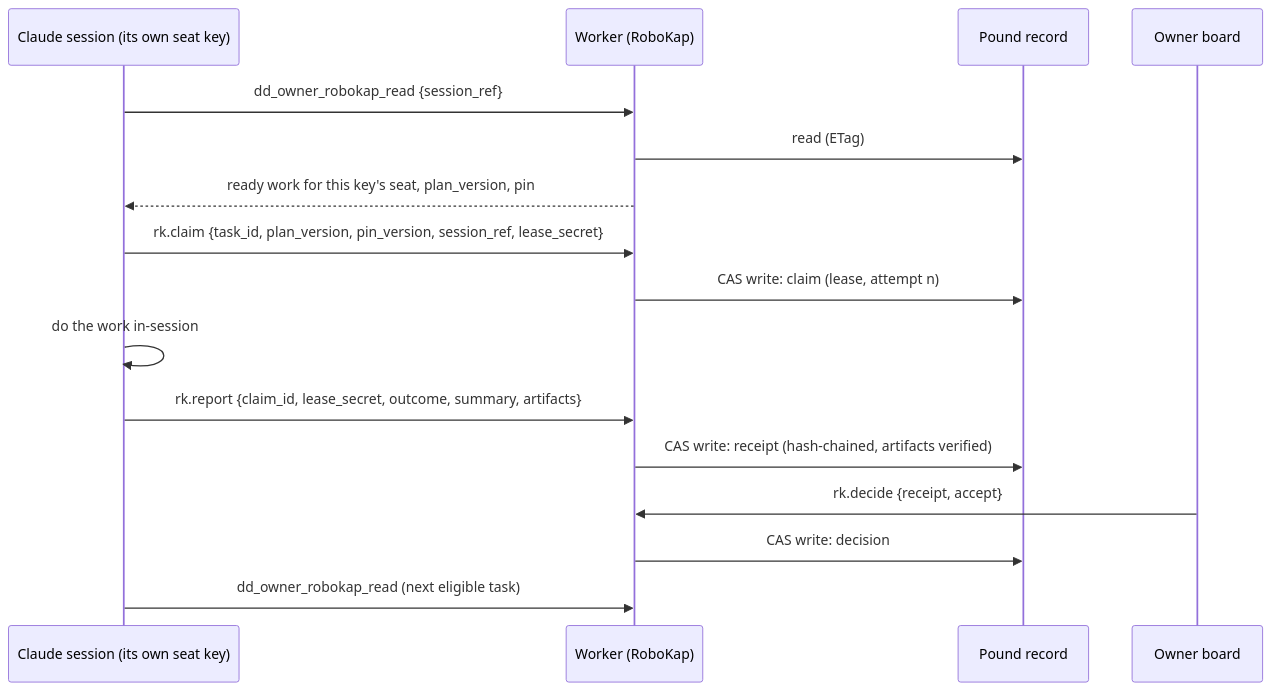
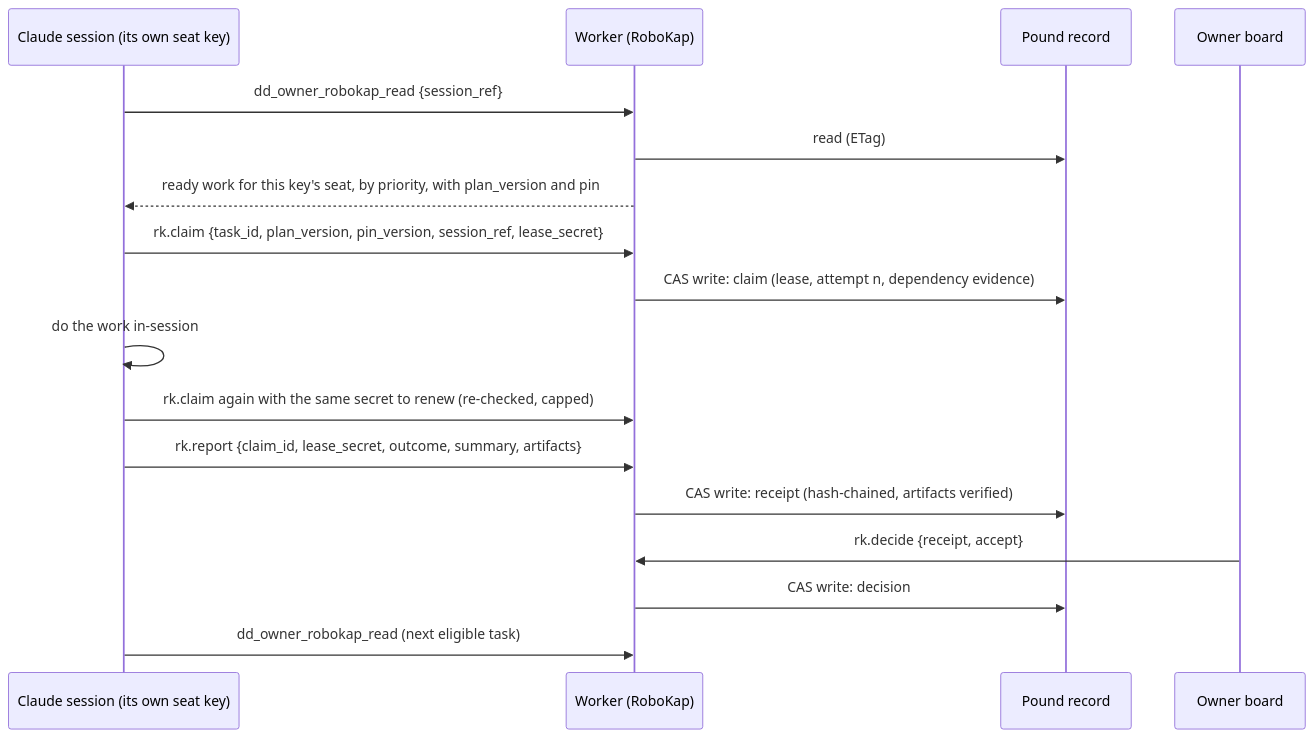
One commit to JKapcar/data-dawgs changed the second of 4 diagrams in docs/robokap-coordination.md. Above: the diagram before and after it, drawn with Mermaid. The commit also changed other lines of this file and 12 other files, not shown here.

````diff
--- a/docs/robokap-coordination.md
+++ b/docs/robokap-coordination.md
@@ -87,18 +108,19 @@
 ```mermaid
 sequenceDiagram
     participant S as Claude session (its own seat key)
     participant W as Worker (RoboKap)
     participant P as Pound record
     participant O as Owner board
     S->>W: dd_owner_robokap_read {session_ref}
     W->>P: read (ETag)
-    W-->>S: ready work for this key's seat, plan_version, pin
+    W-->>S: ready work for this key's seat, by priority, with plan_version and pin
     S->>W: rk.claim {task_id, plan_version, pin_version, session_ref, lease_secret}
-    W->>P: CAS write: claim (lease, attempt n)
+    W->>P: CAS write: claim (lease, attempt n, dependency evidence)
     S->>S: do the work in-session
+    S->>W: rk.claim again with the same secret to renew (re-checked, capped)
     S->>W: rk.report {claim_id, lease_secret, outcome, summary, artifacts}
     W->>P: CAS write: receipt (hash-chained, artifacts verified)
     O->>W: rk.decide {receipt, accept}
     W->>P: CAS write: decision
     S->>W: dd_owner_robokap_read (next eligible task)
 ```
````
